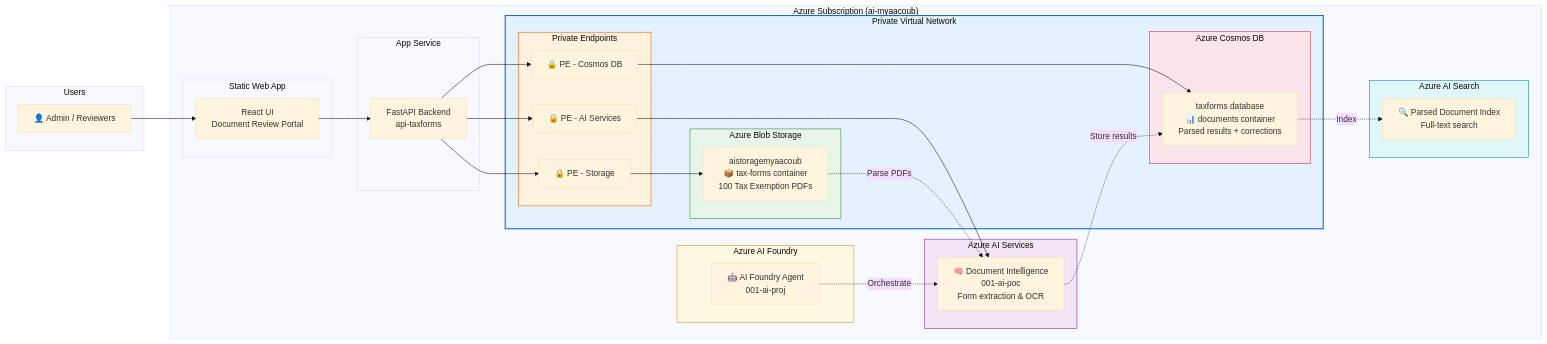
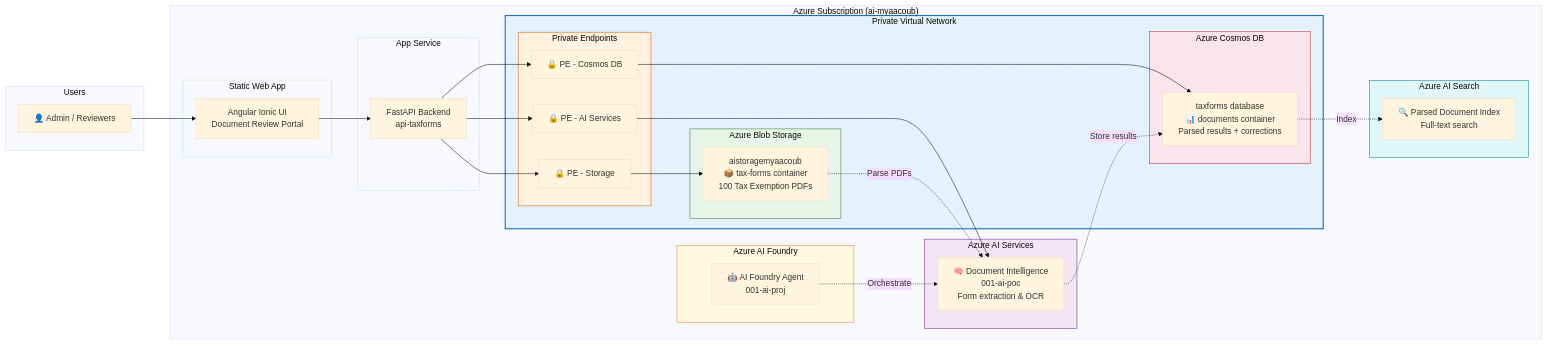
Before and after one commit to csdmichael/AI-Document-Intelligence: the diagram in docs/architecture.md, drawn with Mermaid (base theme). The commit also changed other lines of this file and 35 other files, not shown here.

````diff
--- a/docs/architecture.md
+++ b/docs/architecture.md
@@ -5,63 +5,63 @@
 ```mermaid
 graph LR
     subgraph Users
         Admin["👤 Admin / Reviewers"]
     end
 
     subgraph Azure["Azure Subscription (ai-myaacoub)"]
 
         subgraph UI["Static Web App"]
-            ReactUI["React UI<br/>Document Review Portal"]
+            AngularUI["Angular Ionic UI<br/>Document Review Portal"]
         end
 
         subgraph API["App Service"]
             FastAPI["FastAPI Backend<br/>api-taxforms"]
         end
 
         subgraph VNet["Private Virtual Network"]
             subgraph PrivateEndpoints["Private Endpoints"]
                 PE_Storage["🔒 PE - Storage"]
                 PE_Cosmos["🔒 PE - Cosmos DB"]
                 PE_AI["🔒 PE - AI Services"]
             end
 
             subgraph Storage["Azure Blob Storage"]
                 Blob["aistoragemyaacoub<br/>📦 tax-forms container<br/>100 Tax Exemption PDFs"]
             end
 
             subgraph CosmosDB["Azure Cosmos DB"]
                 Cosmos["taxforms database<br/>📊 documents container<br/>Parsed results + corrections"]
             end
         end
 
         subgraph AIServices["Azure AI Services"]
             DocIntel["🧠 Document Intelligence<br/>001-ai-poc<br/>Form extraction & OCR"]
         end
 
         subgraph Search["Azure AI Search"]
             SearchIdx["🔍 Parsed Document Index<br/>Full-text search"]
         end
 
         subgraph Foundry["Azure AI Foundry"]
             Agent["🤖 AI Foundry Agent<br/>001-ai-proj"]
         end
     end
 
-    Admin --> ReactUI
-    ReactUI --> FastAPI
+    Admin --> AngularUI
+    AngularUI --> FastAPI
     FastAPI --> PE_Storage --> Blob
     FastAPI --> PE_Cosmos --> Cosmos
     FastAPI --> PE_AI --> DocIntel
     Blob -.->|Parse PDFs| DocIntel
     DocIntel -.->|Store results| Cosmos
     Cosmos -.->|Index| SearchIdx
     Agent -.->|Orchestrate| DocIntel
 
     style VNet fill:#e3f2fd,stroke:#1565c0,stroke-width:2px
     style PrivateEndpoints fill:#fff3e0,stroke:#e65100
     style Storage fill:#e8f5e9,stroke:#2e7d32
     style CosmosDB fill:#fce4ec,stroke:#c62828
     style AIServices fill:#f3e5f5,stroke:#7b1fa2
     style Search fill:#e0f7fa,stroke:#00838f
     style Foundry fill:#fff8e1,stroke:#f57f17
 ```
````
